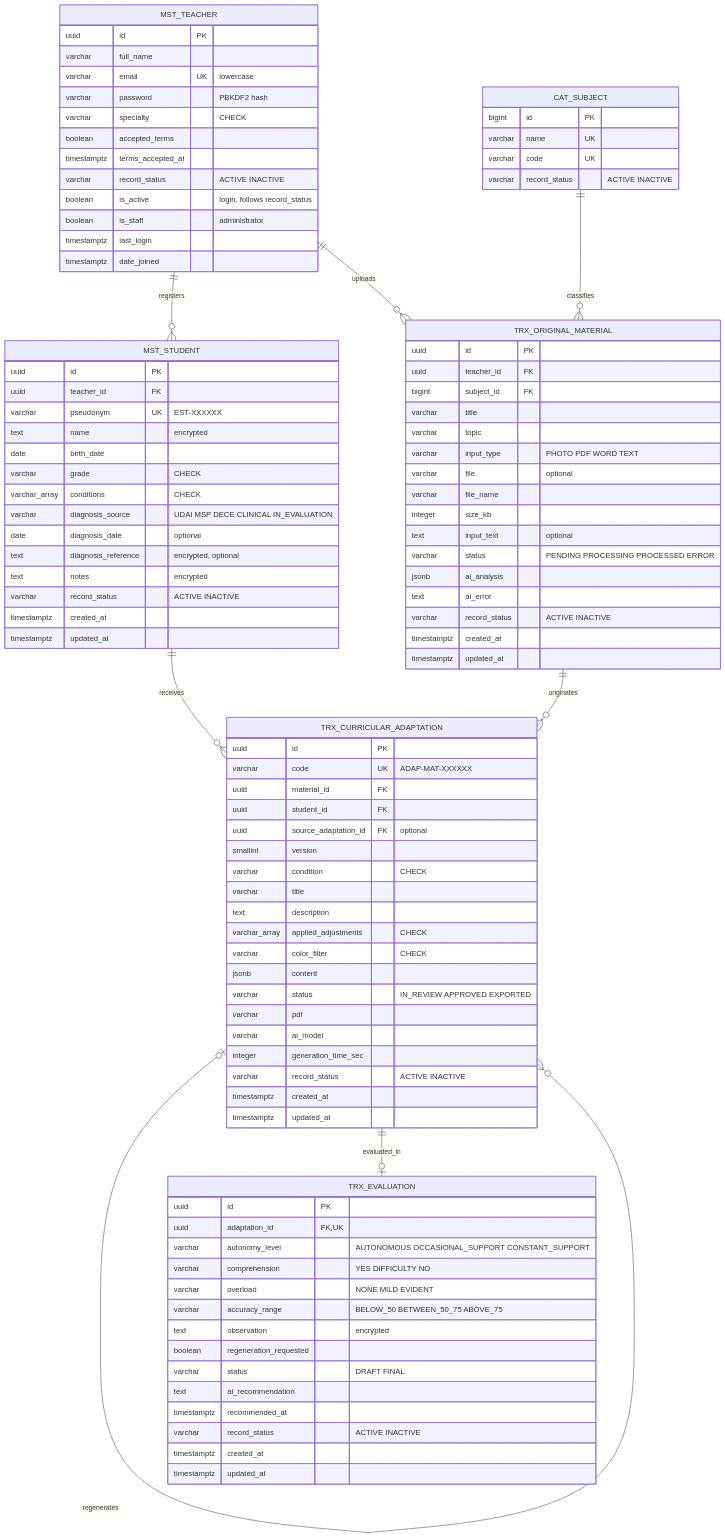
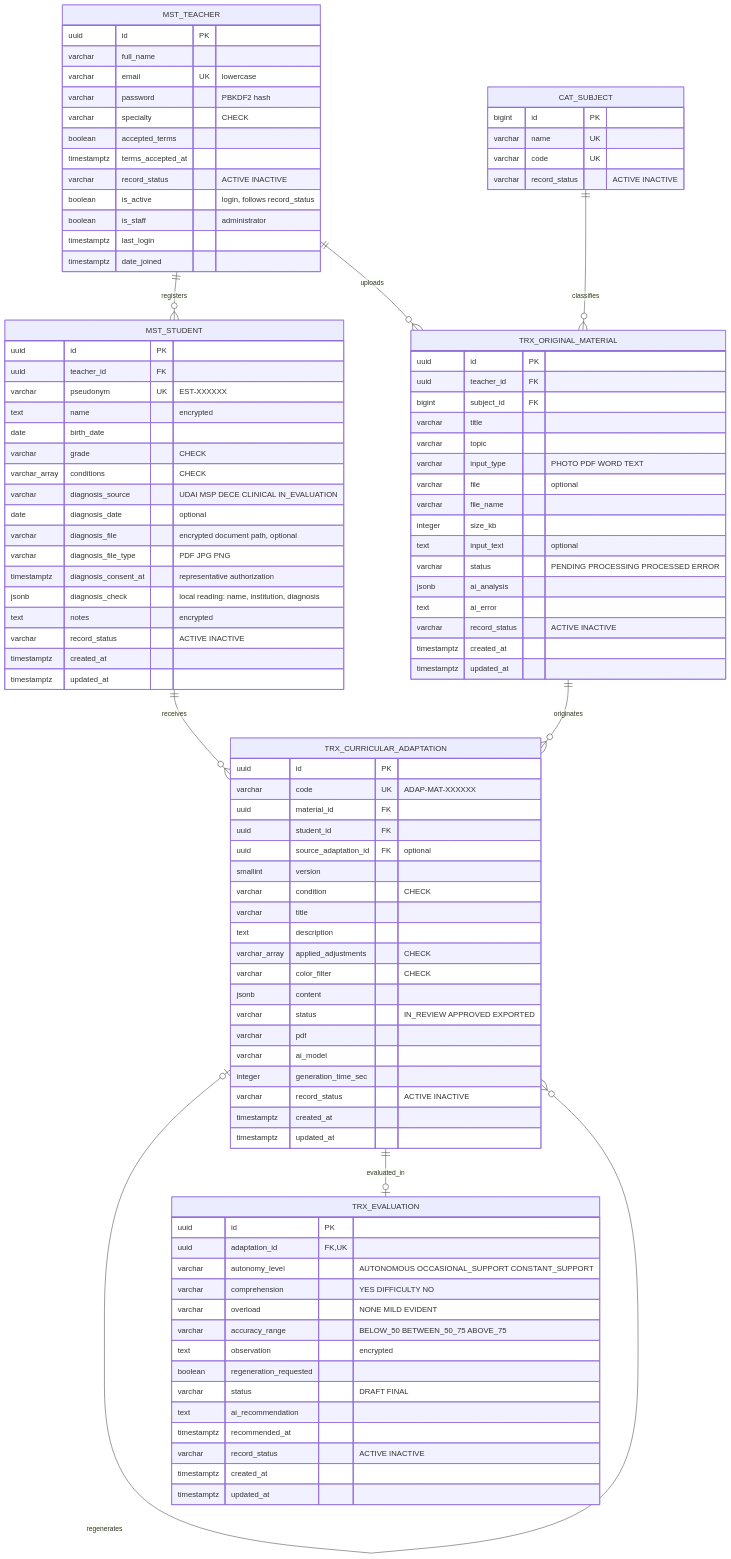
Before and after one commit to jeandaly20/App_Maestro_Sombra: the diagram in docs/MER.md, drawn with Mermaid. The commit also changed other lines of this file and 19 other files, not shown here.

```diff
--- a/docs/MER.md
+++ b/docs/MER.md
@@ -44,7 +44,10 @@
         varchar_array conditions "CHECK"
         varchar diagnosis_source "UDAI MSP DECE CLINICAL IN_EVALUATION"
         date diagnosis_date "optional"
-        text diagnosis_reference "encrypted, optional"
+        varchar diagnosis_file "encrypted document path, optional"
+        varchar diagnosis_file_type "PDF JPG PNG"
+        timestamptz diagnosis_consent_at "representative authorization"
+        jsonb diagnosis_check "local reading: name, institution, diagnosis"
         text notes "encrypted"
         varchar record_status "ACTIVE INACTIVE"
         timestamptz created_at
```
